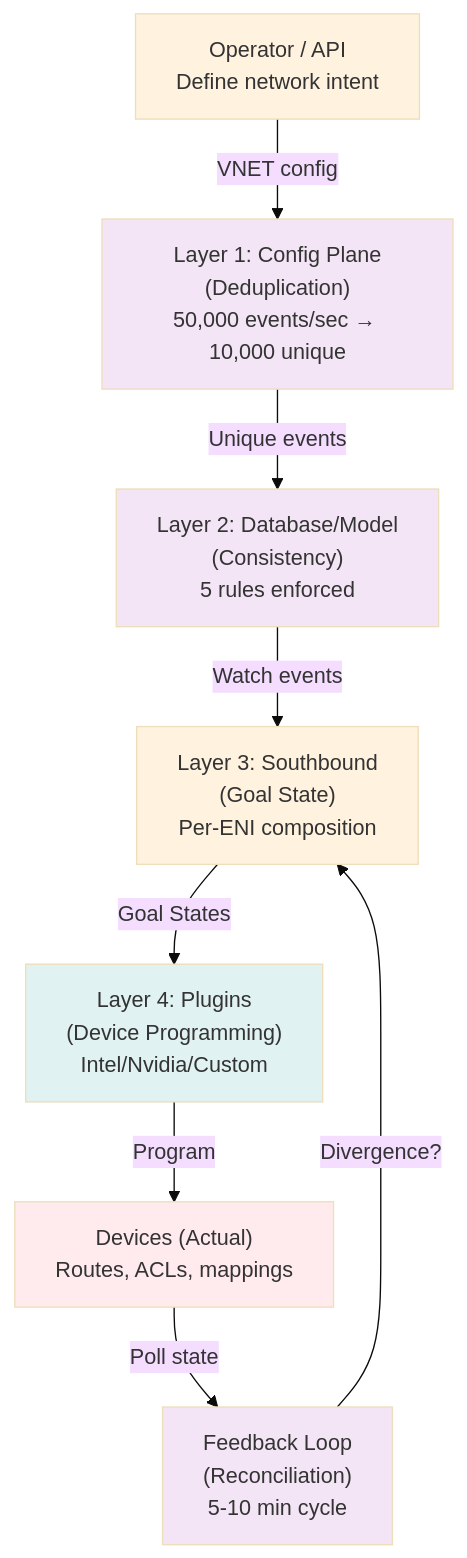
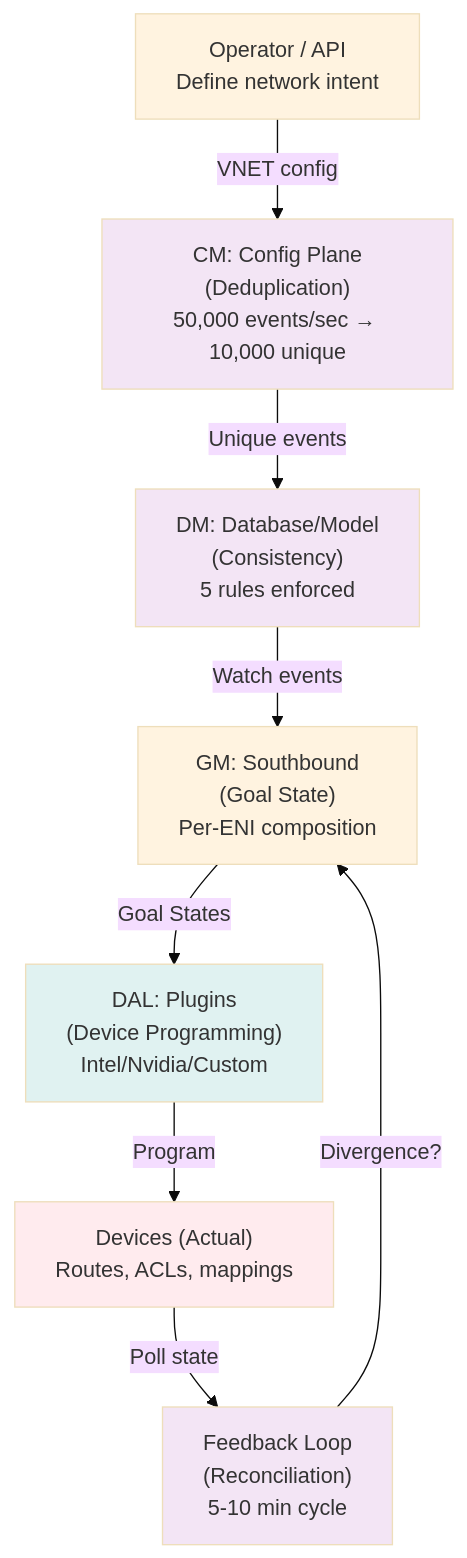
Before and after one commit to rashmirrout/DashFabric: the diagram in docs/FM-Designs/README_SUPER_ENHANCED.md, drawn with Mermaid (base theme). The commit also changed other lines of this file and 32 other files, not shown here.

````diff
--- a/docs/FM-Designs/README_SUPER_ENHANCED.md
+++ b/docs/FM-Designs/README_SUPER_ENHANCED.md
@@ -27,32 +27,32 @@
 ```mermaid
 graph TB
     User["Operator / API<br/>Define network intent"]
     
-    L1["Layer 1: Config Plane<br/>(Deduplication)<br/>50,000 events/sec → 10,000 unique"]
+    L1["CM: Config Plane<br/>(Deduplication)<br/>50,000 events/sec → 10,000 unique"]
     
-    L2["Layer 2: Database/Model<br/>(Consistency)<br/>5 rules enforced"]
+    L2["DM: Database/Model<br/>(Consistency)<br/>5 rules enforced"]
     
-    L3["Layer 3: Southbound<br/>(Goal State)<br/>Per-ENI composition"]
+    L3["GM: Southbound<br/>(Goal State)<br/>Per-ENI composition"]
     
-    L4["Layer 4: Plugins<br/>(Device Programming)<br/>Intel/Nvidia/Custom"]
+    L4["DAL: Plugins<br/>(Device Programming)<br/>Intel/Nvidia/Custom"]
     
     Devices["Devices (Actual)<br/>Routes, ACLs, mappings"]
     
     Feedback["Feedback Loop<br/>(Reconciliation)<br/>5-10 min cycle"]
     
     User -->|"VNET config"| L1
     L1 -->|"Unique events"| L2
     L2 -->|"Watch events"| L3
     L3 -->|"Goal States"| L4
     L4 -->|"Program"| Devices
     Devices -->|"Poll state"| Feedback
     Feedback -->|"Divergence?"| L3
     
     style User fill:#fff3e0
     style L1 fill:#f3e5f5
     style L2 fill:#f3e5f5
     style L3 fill:#fff3e0
     style L4 fill:#e0f2f1
     style Devices fill:#ffebee
     style Feedback fill:#f3e5f5
 ```
````
